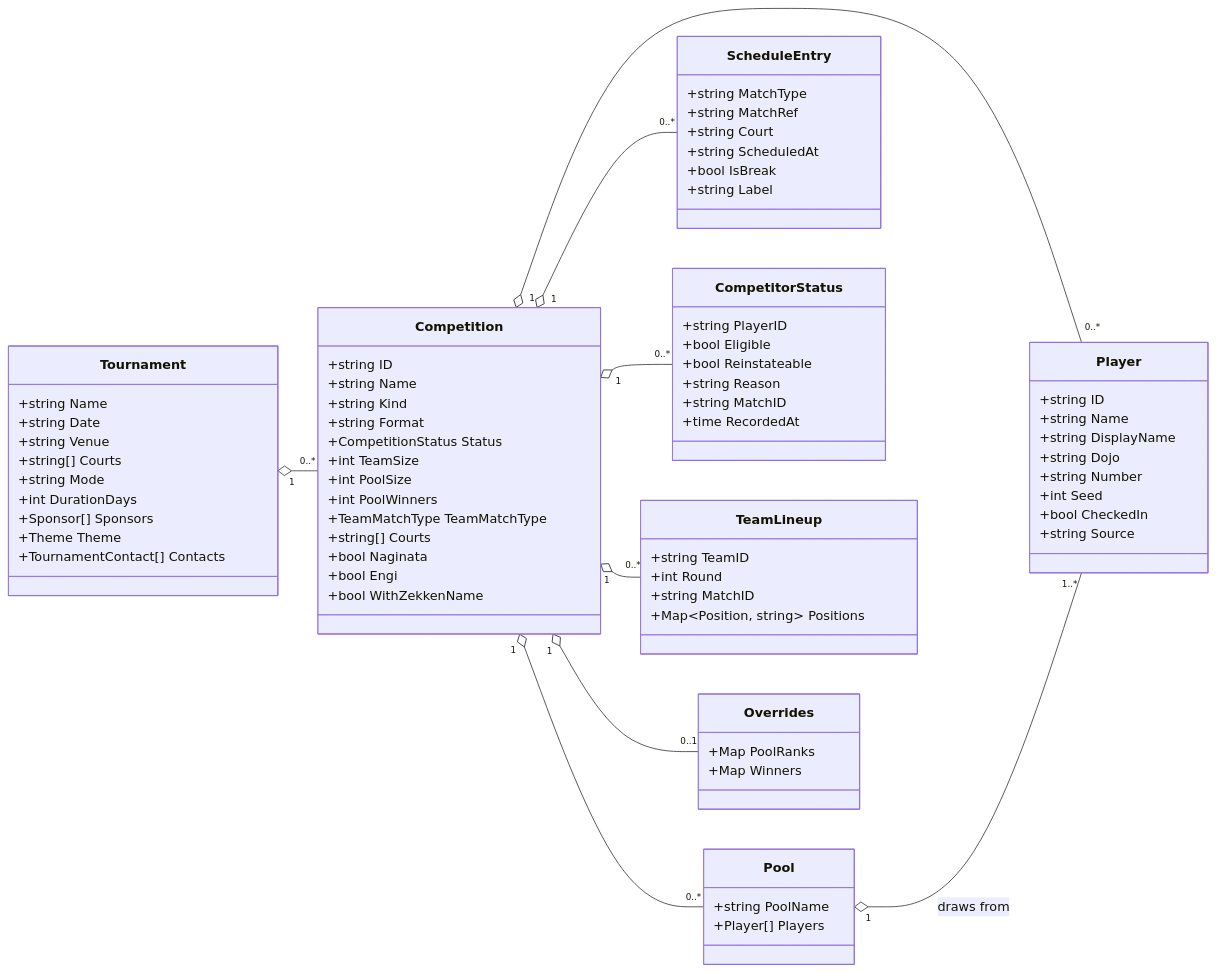
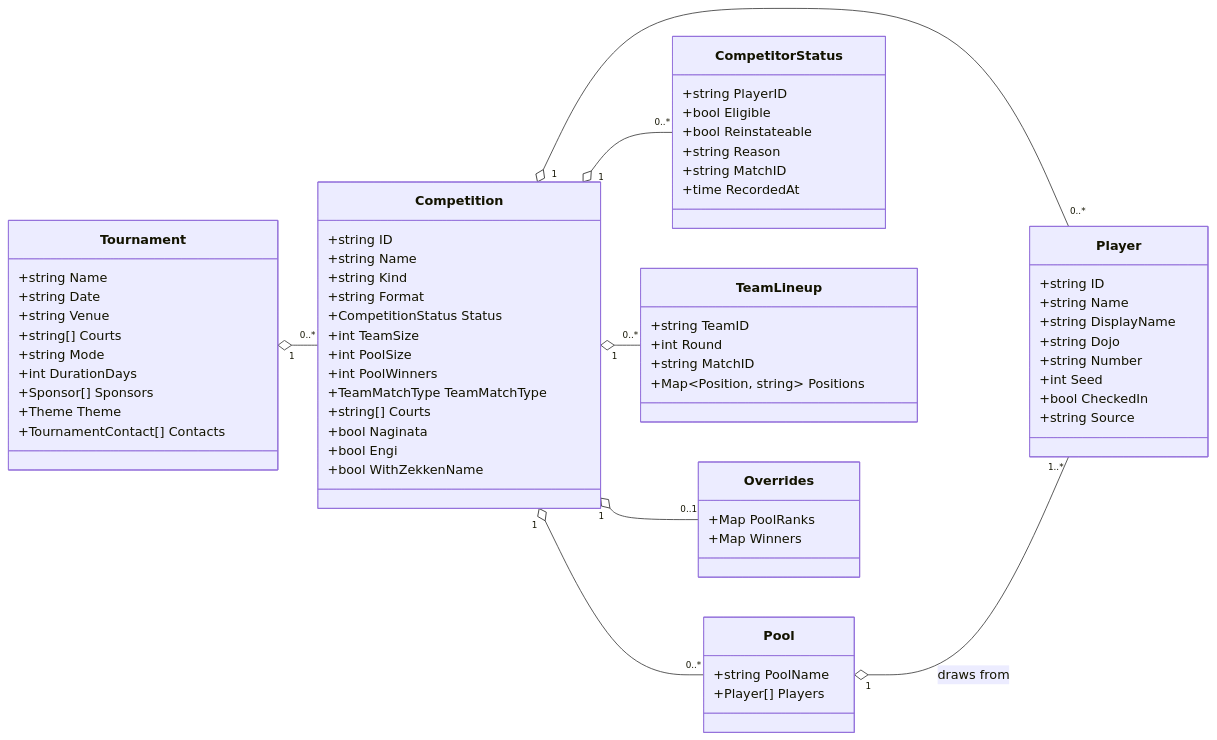
Before and after one commit to gitrgoliveira/bracket-creator: the first of 4 diagrams in docs/architecture/data-model.md, drawn with Mermaid. The commit also changed other lines of this file, not shown here.

Commit message:
docs: data-model diagram catches up with the schedule removal and the legacy channels (bc-dmsr)
The section-2 UML still declared ScheduleEntry after section 7 recorded
its removal; BracketMatch hid the third legacy DecidedByHantei channel
its siblings show; and the seeds decision read as if a dojo-less row
could no longer match, when unique names and pre-dojo files still load.

```diff
--- a/docs/architecture/data-model.md
+++ b/docs/architecture/data-model.md
@@ -74,15 +74,6 @@
         +Player[] Players
     }
 
-    class ScheduleEntry {
-        +string MatchType
-        +string MatchRef
-        +string Court
-        +string ScheduledAt
-        +bool IsBreak
-        +string Label
-    }
-
     class CompetitorStatus {
         +string PlayerID
         +bool Eligible
@@ -107,7 +98,6 @@
     Tournament "1" o-- "0..*" Competition
     Competition "1" o-- "0..*" Player
     Competition "1" o-- "0..*" Pool
-    Competition "1" o-- "0..*" ScheduleEntry
     Competition "1" o-- "0..*" CompetitorStatus
     Competition "1" o-- "0..*" TeamLineup
     Competition "1" o-- "0..1" Overrides
```
